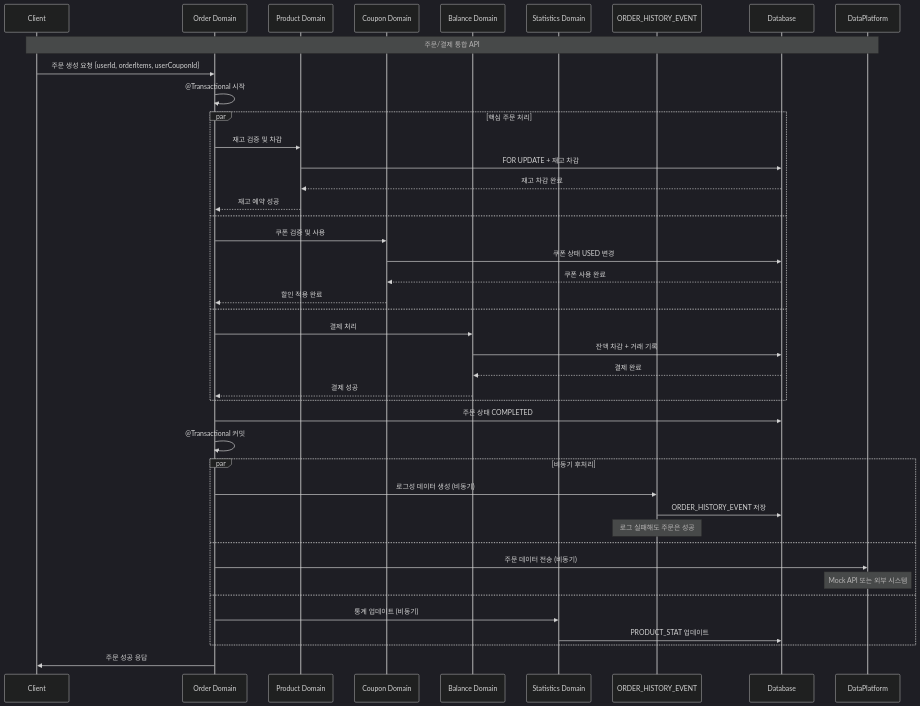
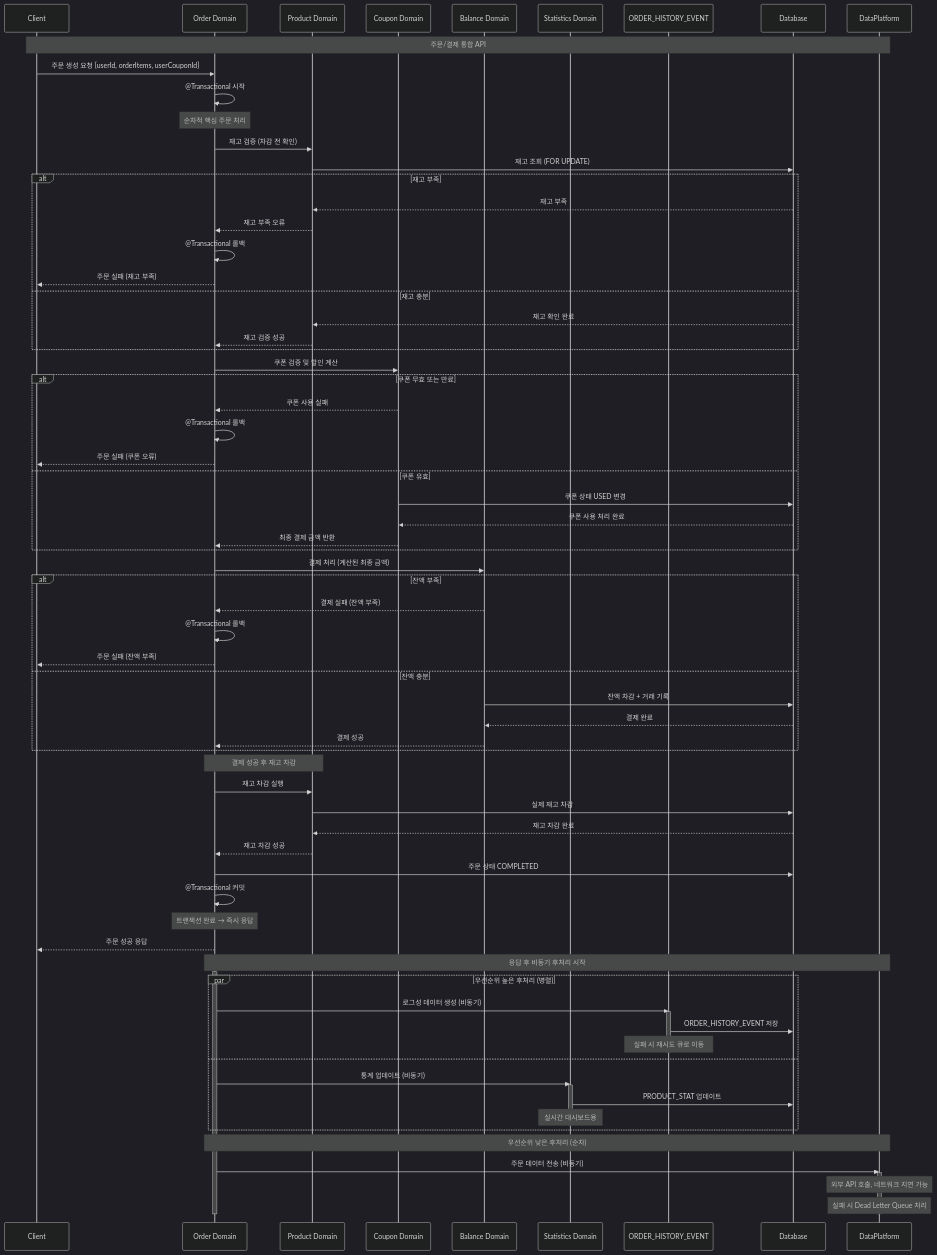
One commit to yuni02/hhplus-ecommerce changed the sixth of 7 diagrams in docs/sequence_diagram.md. Above: the diagram before and after it, drawn with Mermaid (dark theme). The commit also changed 1 other file, not shown here.

Commit message:
fix: erd 주석 문법오류 수정
- sequence 다이어그램 비동기 호출 전에 응답 보내는 방식으로 수정

````diff
--- a/docs/sequence_diagram.md
+++ b/docs/sequence_diagram.md
@@ -220,38 +220,77 @@
 
     Order->>Order: @Transactional 시작
 
-    par 핵심 주문 처리
-        Order->>Product: 재고 검증 및 차감
-        Product->>DB: FOR UPDATE + 재고 차감
-        DB-->>Product: 재고 차감 완료
-        Product-->>Order: 재고 예약 성공
-    and
-        Order->>Coupon: 쿠폰 검증 및 사용
+    Note over Order: 순차적 핵심 주문 처리
+
+    Order->>Product: 재고 검증 (차감 전 확인)
+    Product->>DB: 재고 조회 (FOR UPDATE)
+    alt 재고 부족
+        DB-->>Product: 재고 부족
+        Product-->>Order: 재고 부족 오류
+        Order->>Order: @Transactional 롤백
+        Order-->>C: 주문 실패 (재고 부족)
+    else 재고 충분
+        DB-->>Product: 재고 확인 완료
+        Product-->>Order: 재고 검증 성공
+    end
+
+    Order->>Coupon: 쿠폰 검증 및 할인 계산
+    alt 쿠폰 무효 또는 만료
+        Coupon-->>Order: 쿠폰 사용 실패
+        Order->>Order: @Transactional 롤백
+        Order-->>C: 주문 실패 (쿠폰 오류)
+    else 쿠폰 유효
         Coupon->>DB: 쿠폰 상태 USED 변경
-        DB-->>Coupon: 쿠폰 사용 완료
-        Coupon-->>Order: 할인 적용 완료
-    and
-        Order->>Balance: 결제 처리
+        DB-->>Coupon: 쿠폰 사용 처리 완료
+        Coupon-->>Order: 최종 결제 금액 반환
+    end
+
+    Order->>Balance: 결제 처리 (계산된 최종 금액)
+    alt 잔액 부족
+        Balance-->>Order: 결제 실패 (잔액 부족)
+        Order->>Order: @Transactional 롤백
+        Order-->>C: 주문 실패 (잔액 부족)
+    else 잔액 충분
         Balance->>DB: 잔액 차감 + 거래 기록
         DB-->>Balance: 결제 완료
         Balance-->>Order: 결제 성공
     end
 
+    Note over Order,Product: 결제 성공 후 재고 차감
+    Order->>Product: 재고 차감 실행
+    Product->>DB: 실제 재고 차감
+    DB-->>Product: 재고 차감 완료
+    Product-->>Order: 재고 차감 성공
+
     Order->>DB: 주문 상태 COMPLETED
-
     Order->>Order: @Transactional 커밋
 
-    par 비동기 후처리
+    Note over Order: 트랜잭션 완료 → 즉시 응답
+    Order-->>C: 주문 성공 응답
+
+    Note over Order,DP: 응답 후 비동기 후처리 시작
+    activate Order
+
+    par 우선순위 높은 후처리 (병렬)
         Order->>Event: 로그성 데이터 생성 (비동기)
+        activate Event
         Event->>DB: ORDER_HISTORY_EVENT 저장
-        Note over Event: 로그 실패해도 주문은 성공
-    and
-        Order->>DP: 주문 데이터 전송 (비동기)
-        Note over DP: Mock API 또는 외부 시스템
+        Note over Event: 실패 시 재시도 큐로 이동
+        deactivate Event
     and
         Order->>Statistics: 통계 업데이트 (비동기)
+        activate Statistics
         Statistics->>DB: PRODUCT_STAT 업데이트
+        Note over Statistics: 실시간 대시보드용
+        deactivate Statistics
     end
 
-    Order->>C: 주문 성공 응답
+    Note over Order,DP: 우선순위 낮은 후처리 (순차)
+    Order->>DP: 주문 데이터 전송 (비동기)
+    activate DP
+    Note over DP: 외부 API 호출, 네트워크 지연 가능
+    Note over DP: 실패 시 Dead Letter Queue 처리
+    deactivate DP
+
+    deactivate Order
 ```
````
